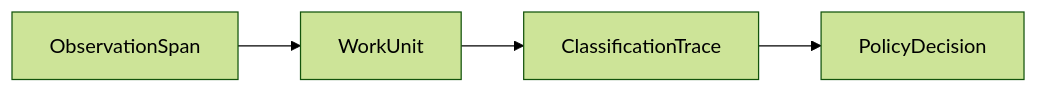
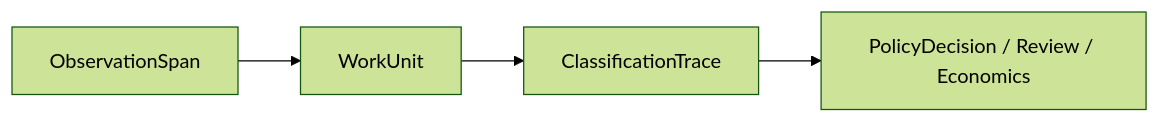
One commit to couscous18/workledger changed the diagram in docs/data-model.md. Above: the diagram before and after it, drawn with Mermaid (forest theme). The commit also changed other lines of this file and 8 other files, not shown here.

````diff
--- a/docs/data-model.md
+++ b/docs/data-model.md
@@ -49,6 +63,6 @@
 ```mermaid
 flowchart LR
   A["ObservationSpan"] --> B["WorkUnit"]
   B --> C["ClassificationTrace"]
-  C --> D["PolicyDecision"]
+  C --> D["PolicyDecision / Review / Economics"]
 ```
````
